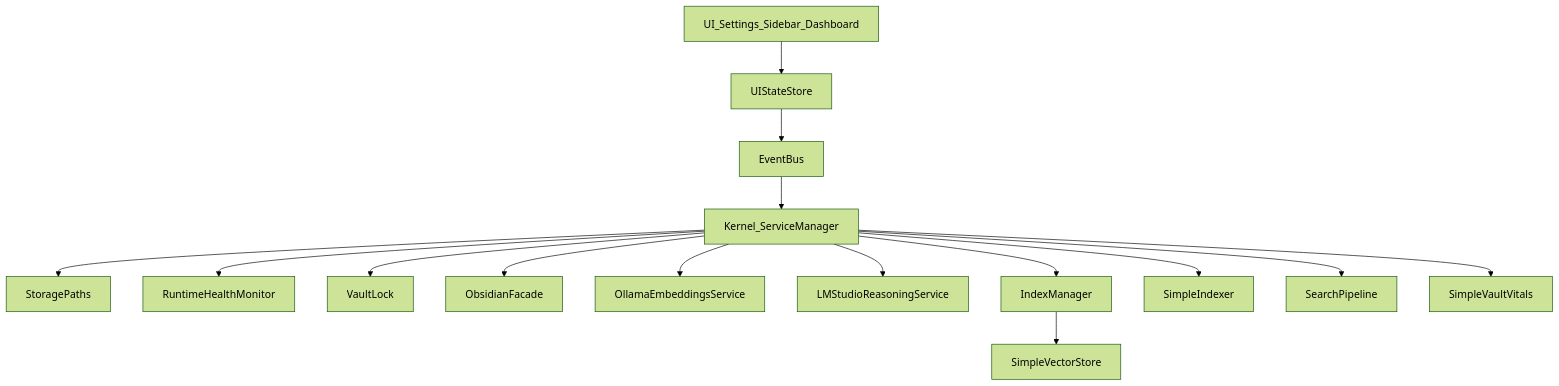
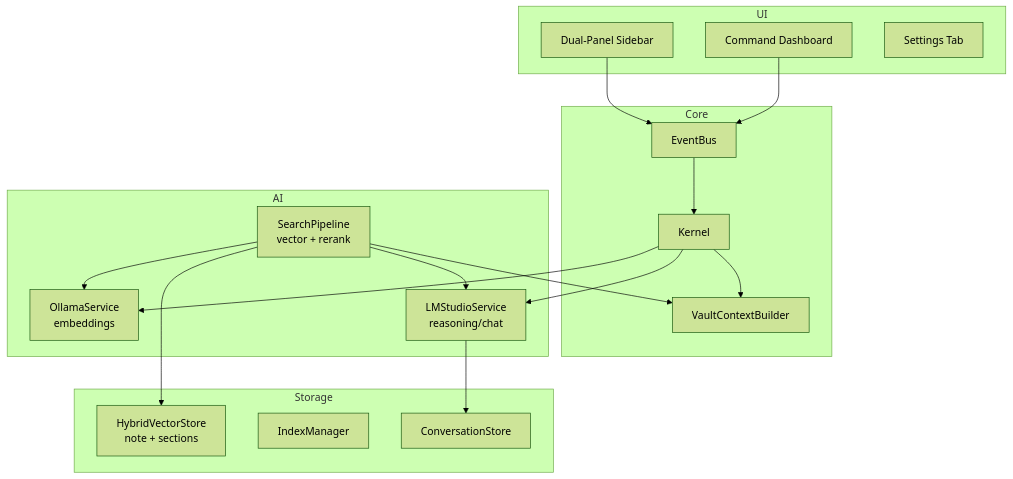
Before and after one commit to akougkas/notient: the diagram in planning/prompts/bootstrap.md, drawn with Mermaid (forest theme). The commit also changed other lines of this file and 17 other files, not shown here.

````diff
--- a/planning/prompts/bootstrap.md
+++ b/planning/prompts/bootstrap.md
@@ -55,20 +94,41 @@
 ```mermaid
 flowchart TD
-  UI[UI_Settings_Sidebar_Dashboard] --> State[UIStateStore]
-  State --> Events[EventBus]
+  subgraph UI
+    Sidebar[Dual-Panel Sidebar]
+    Dashboard[Command Dashboard]
+    Settings[Settings Tab]
+  end
 
-  Events --> Kernel[Kernel_ServiceManager]
-  Kernel --> Paths[StoragePaths]
-  Kernel --> Health[RuntimeHealthMonitor]
-  Kernel --> Lock[VaultLock]
-  Kernel --> Obs[ObsidianFacade]
+  subgraph Core
+    Kernel[Kernel]
+    Events[EventBus]
+    Context[VaultContextBuilder]
+  end
 
-  Kernel --> Ollama[OllamaEmbeddingsService]
-  Kernel --> LM[LMStudioReasoningService]
-  Kernel --> IM[IndexManager]
-  IM --> VS[SimpleVectorStore]
+  subgraph AI
+    Ollama[OllamaService<br/>embeddings]
+    LMStudio[LMStudioService<br/>reasoning/chat]
+    Search[SearchPipeline<br/>vector + rerank]
+  end
 
-  Kernel --> Indexer[SimpleIndexer]
-  Kernel --> Search[SearchPipeline]
-  Kernel --> Vitals[SimpleVaultVitals]
+  subgraph Storage
+    Vector[HybridVectorStore<br/>note + sections]
+    Index[IndexManager]
+    Conv[ConversationStore]
+  end
+
+  Sidebar --> Events
+  Dashboard --> Events
+  Events --> Kernel
+
+  Kernel --> Ollama
+  Kernel --> LMStudio
+  Kernel --> Context
+
+  Search --> Ollama
+  Search --> LMStudio
+  Search --> Vector
+  Search --> Context
+
+  LMStudio --> Conv
 ```
````
